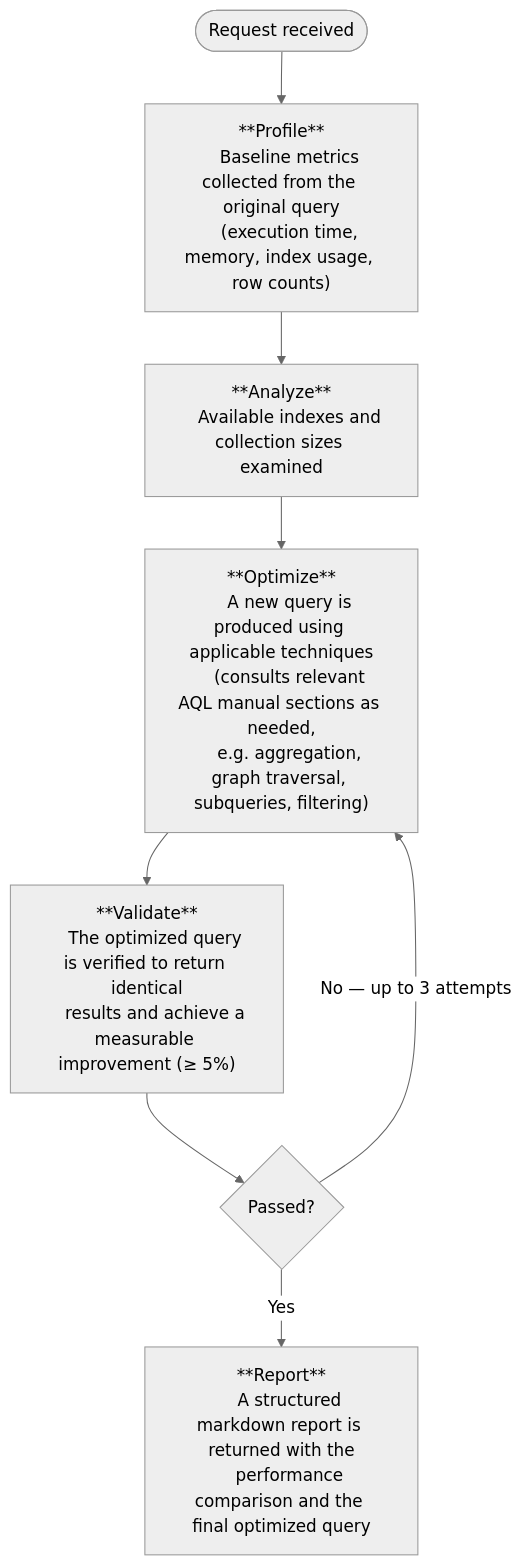
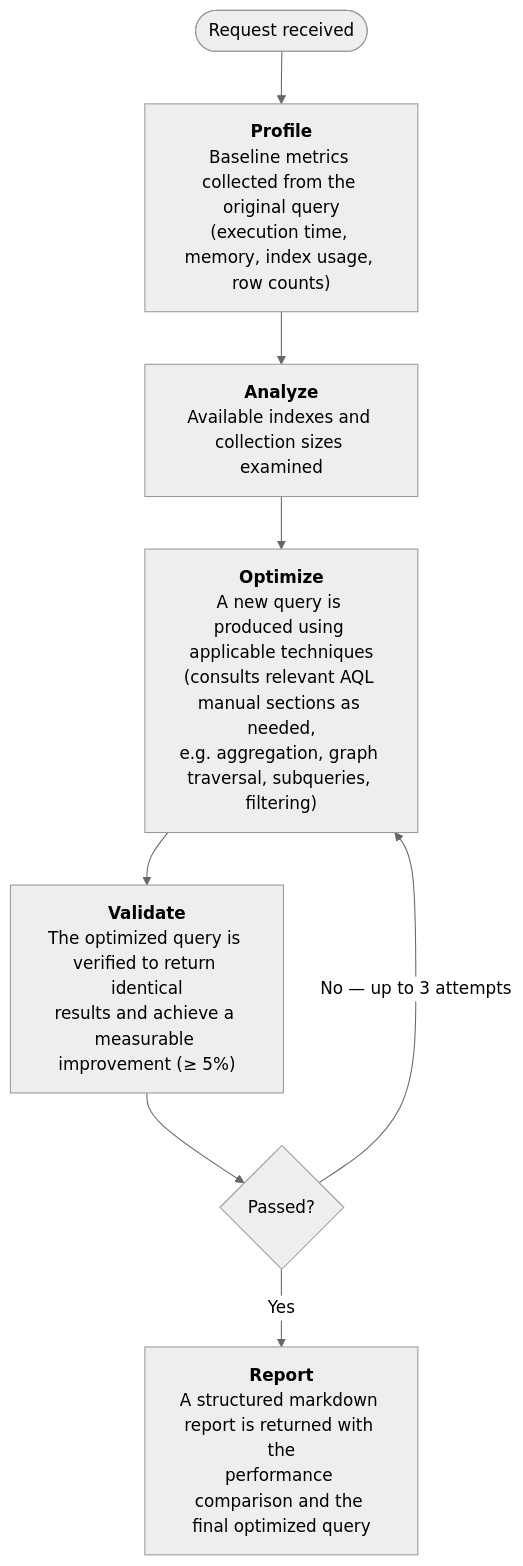
One commit to arangodb/docs-hugo changed the second of 3 diagrams in site/content/agentic-ai-suite/reasoner/_index.md. Above: the diagram before and after it, drawn with Mermaid (neutral theme). The commit also changed other lines of this file and 4 other files, not shown here.

First line of the commit message:
Nicer Mermaid diagrams

````diff
--- a/site/content/agentic-ai-suite/reasoner/_index.md
+++ b/site/content/agentic-ai-suite/reasoner/_index.md
@@ -62,20 +61,20 @@
 ```mermaid
 flowchart TD
-    A([Request received]) --> B["**Profile**
-    Baseline metrics collected from the original query
-    (execution time, memory, index usage, row counts)"]
-    B --> C["**Analyze**
-    Available indexes and collection sizes examined"]
-    C --> D["**Optimize**
-    A new query is produced using applicable techniques
-    (consults relevant AQL manual sections as needed,
-    e.g. aggregation, graph traversal, subqueries, filtering)"]
-    D --> E["**Validate**
-    The optimized query is verified to return identical
-    results and achieve a measurable improvement (≥ 5%)"]
+    A([Request received]) --> B["`**Profile**
+      Baseline metrics collected from the original query
+      (execution time, memory, index usage, row counts)`"]
+    B --> C["`**Analyze**
+      Available indexes and collection sizes examined`"]
+    C --> D["`**Optimize**
+      A new query is produced using applicable techniques
+      (consults relevant AQL manual sections as needed,
+      e.g. aggregation, graph traversal, subqueries, filtering)`"]
+    D --> E["`**Validate**
+      The optimized query is verified to return identical
+      results and achieve a measurable improvement (≥ 5%)`"]
     E --> F{Passed?}
     F -->|No — up to 3 attempts| D
-    F -->|Yes| G["**Report**
-    A structured markdown report is returned with the
-    performance comparison and the final optimized query"]
+    F -->|Yes| G["`**Report**
+      A structured markdown report is returned with the
+      performance comparison and the final optimized query`"]
 ```
````
